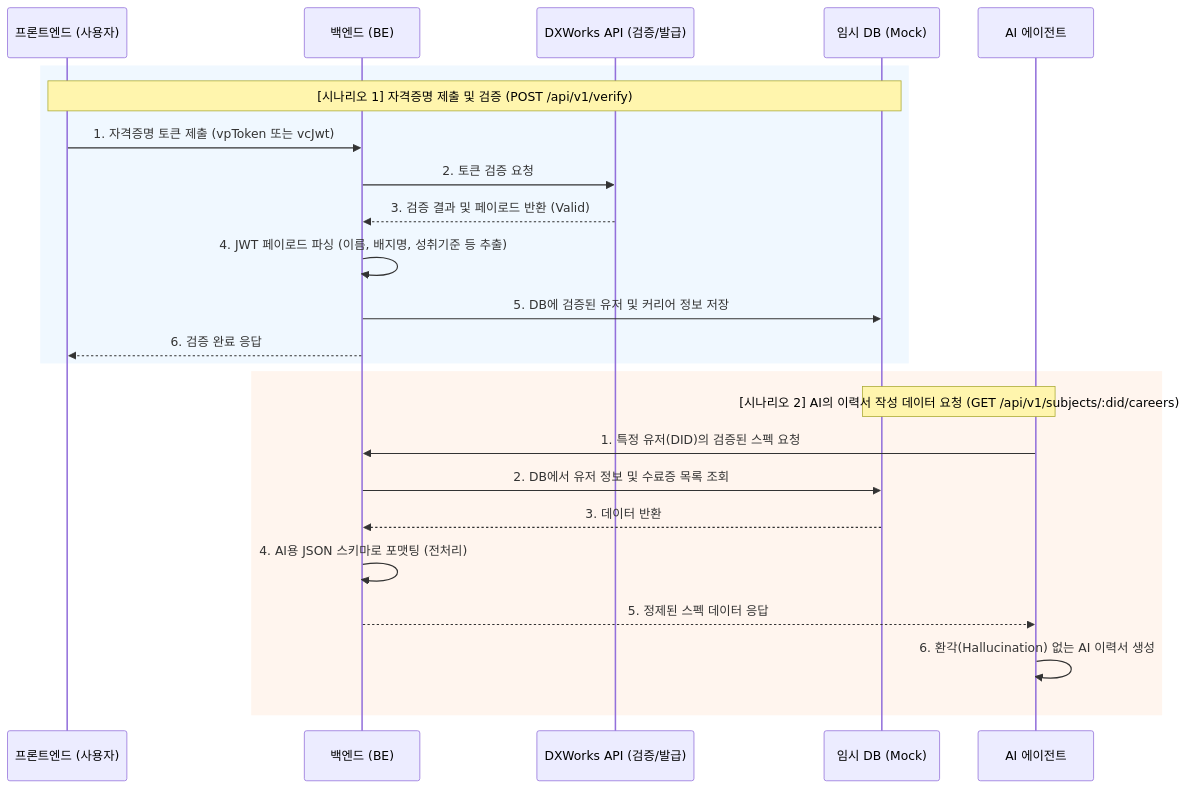
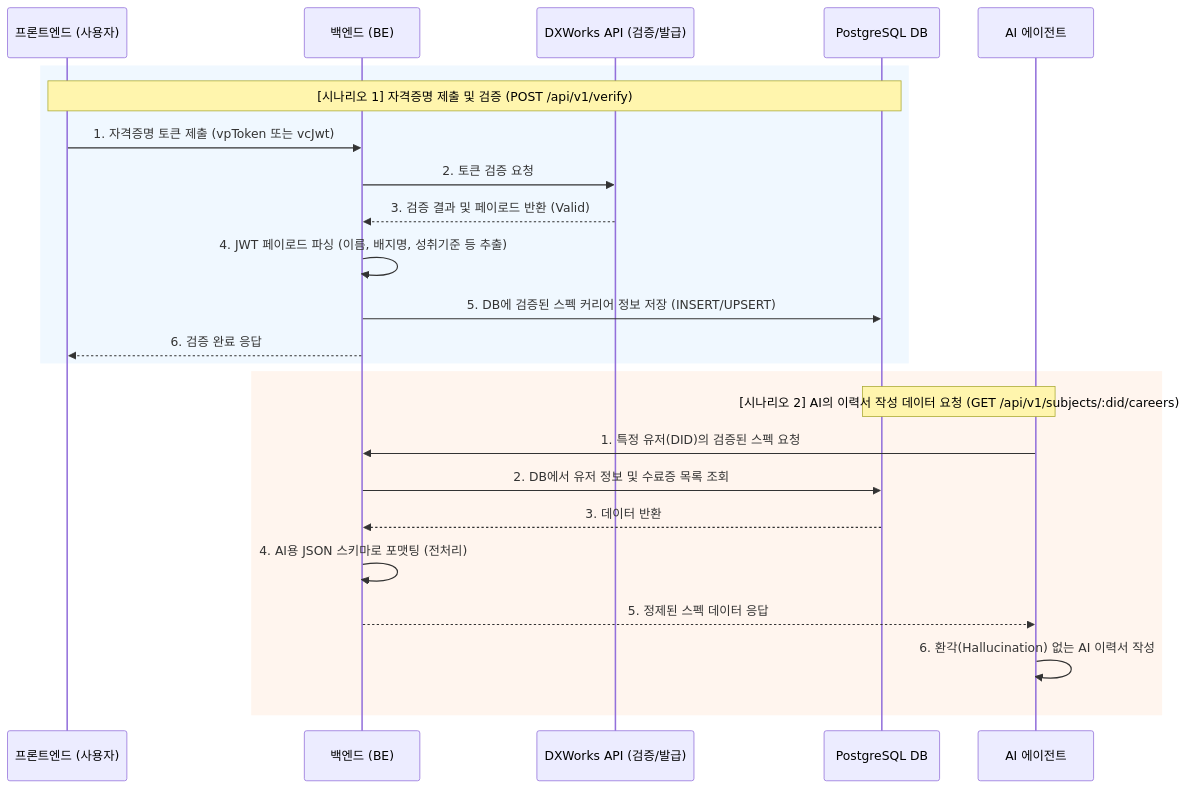
The diagram in BE/README.md (HYUJIM/VC_AI_Career_agent), drawn with Mermaid before and after one commit. The commit also changed other lines of this file and 44 other files, not shown here.

First line of the commit message:
feat(BE): Node.js에서 FastAPI로 백엔드 전면 마이그레이션 및 PostgreSQL 도커 연동

````diff
--- a/BE/README.md
+++ b/BE/README.md
@@ -7,30 +7,30 @@
 ```mermaid
 sequenceDiagram
     participant FE as 프론트엔드 (사용자)
     participant BE as 백엔드 (BE)
     participant DX as DXWorks API (검증/발급)
-    participant DB as 임시 DB (Mock)
+    participant DB as PostgreSQL DB
     participant AI as AI 에이전트
 
     %% 자격증명 검증 시나리오
     rect rgb(240, 248, 255)
     Note over FE, DB: [시나리오 1] 자격증명 제출 및 검증 (POST /api/v1/verify)
     FE->>BE: 1. 자격증명 토큰 제출 (vpToken 또는 vcJwt)
     BE->>DX: 2. 토큰 검증 요청
     DX-->>BE: 3. 검증 결과 및 페이로드 반환 (Valid)
     BE->>BE: 4. JWT 페이로드 파싱 (이름, 배지명, 성취기준 등 추출)
-    BE->>DB: 5. DB에 검증된 유저 및 커리어 정보 저장
+    BE->>DB: 5. DB에 검증된 스펙 커리어 정보 저장 (INSERT/UPSERT)
     BE-->>FE: 6. 검증 완료 응답
     end
 
     %% AI 전처리 데이터 요청 시나리오
     rect rgb(255, 245, 238)
     Note over AI, DB: [시나리오 2] AI의 이력서 작성 데이터 요청 (GET /api/v1/subjects/:did/careers)
     AI->>BE: 1. 특정 유저(DID)의 검증된 스펙 요청
     BE->>DB: 2. DB에서 유저 정보 및 수료증 목록 조회
     DB-->>BE: 3. 데이터 반환
     BE->>BE: 4. AI용 JSON 스키마로 포맷팅 (전처리)
     BE-->>AI: 5. 정제된 스펙 데이터 응답
-    AI->>AI: 6. 환각(Hallucination) 없는 AI 이력서 생성
+    AI->>AI: 6. 환각(Hallucination) 없는 AI 이력서 작성
     end
 ```
````
